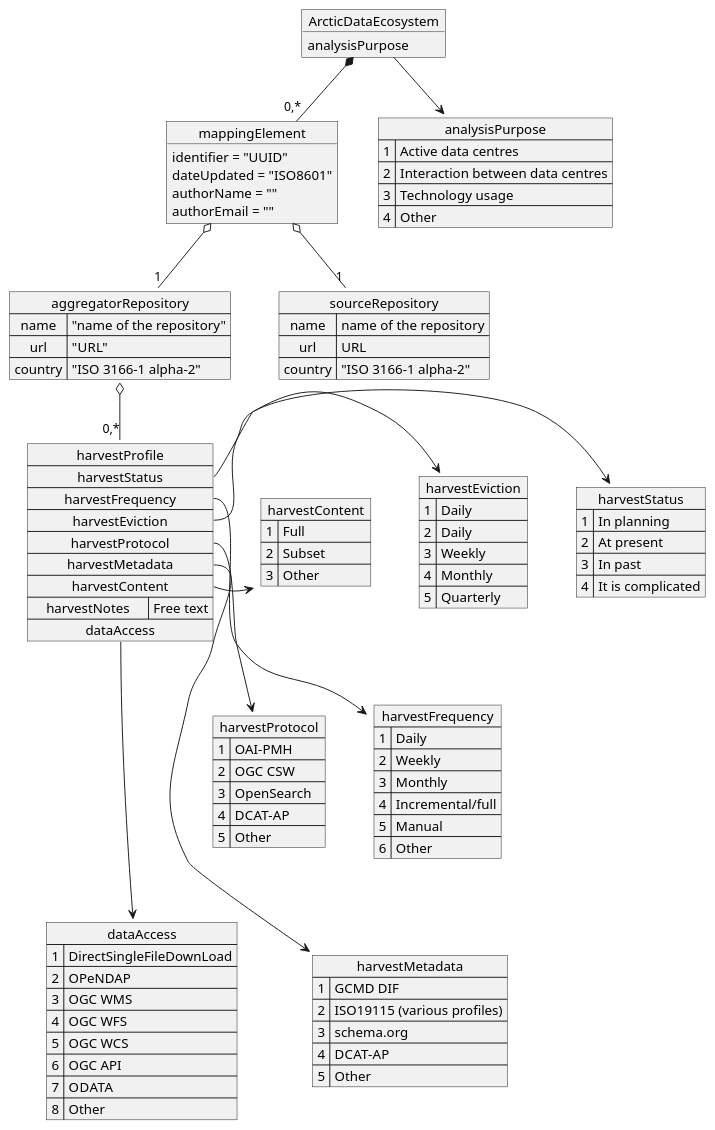
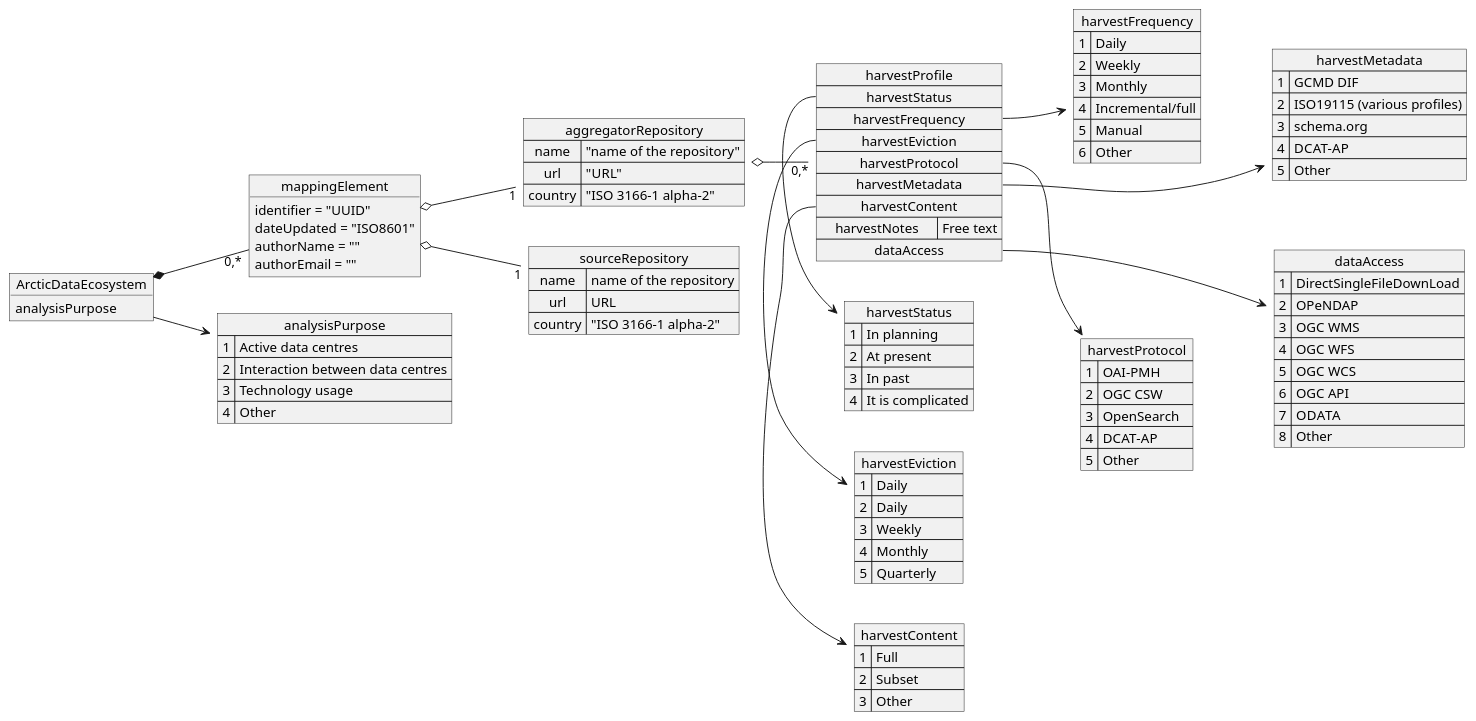
The diagram in doc/diagrams/ArcticDataMapping.puml (POLDER-Crew/PDEMDataModel), drawn with PlantUML before and after one commit.

```diff
--- a/doc/diagrams/ArcticDataMapping.puml
+++ b/doc/diagrams/ArcticDataMapping.puml
@@ -1,116 +1,116 @@
 @startuml
 
 skinparam monochrome true
-'left to right direction
+left to right direction
 
 object "ArcticDataEcosystem" as ade {
     analysisPurpose 
 }
 
 map "analysisPurpose" as pu {
 1 => Active data centres
 2 => Interaction between data centres
 3 => Technology usage
 4 => Other
 }
 
 ade --> pu
 
 object "mappingElement" as me {
     identifier = "UUID"
     dateUpdated = "ISO8601"
     authorName = ""
     authorEmail = ""
 }
 
 map "aggregatorRepository" as agg {
     name => "name of the repository"
     url => "URL"
     country => "ISO 3166-1 alpha-2"
 }
 
 map "harvestStatus" as hs {
     1 => In planning
     2 => At present
     3 => In past
     4 => It is complicated
 }
 
 map "harvestFrequency" as hf {
     1 => Daily
     2 => Weekly
     3 => Monthly
     4 => Incremental/full
     5 => Manual
     6 => Other
 }
 
 map "harvestEviction" as he {
     1 => Daily
     2 => Daily
     3 => Weekly
     4 => Monthly
     5 => Quarterly
 }
 
 map "harvestProtocol" as hp {
     1 => OAI-PMH
     2 => OGC CSW
     3 => OpenSearch
     4 => DCAT-AP
     5 => Other
 }
 
 map "harvestMetadata" as hm {
     1 => GCMD DIF
     2 => ISO19115 (various profiles)
     3 => schema.org
     4 => DCAT-AP
     5 => Other
 }
 
 map "harvestContent" as hc {
     1 => Full
     2 => Subset
     3 => Other
 }
 
 map "dataAccess" as da {
     1 => DirectSingleFileDownLoad
     2 => OPeNDAP
     3 => OGC WMS
     4 => OGC WFS
     5 => OGC WCS
     6 => OGC API
     7 => ODATA
     8 => Other
 }
 
 map "harvestProfile" as hpf {
     harvestStatus *-> hs
     harvestFrequency *-> hf
     harvestEviction *-> he
     harvestProtocol *-> hp
     harvestMetadata *-> hm
     harvestContent *-> hc
     harvestNotes => Free text
     dataAccess *-> da 
 }
 
 map "sourceRepository" as src {
     name => name of the repository
     url => URL
     country => "ISO 3166-1 alpha-2"
 }
 
 ade *-- "0,*" me
 me o-- "1" agg
 me o-- "1" src
 agg o-- "0,*" hpf
 
 hs -[hidden]d- hf
 hf -[hidden]d- hm
 hc -[hidden]d- hp
 hp -[hidden]d- da
 
 @enduml
```
